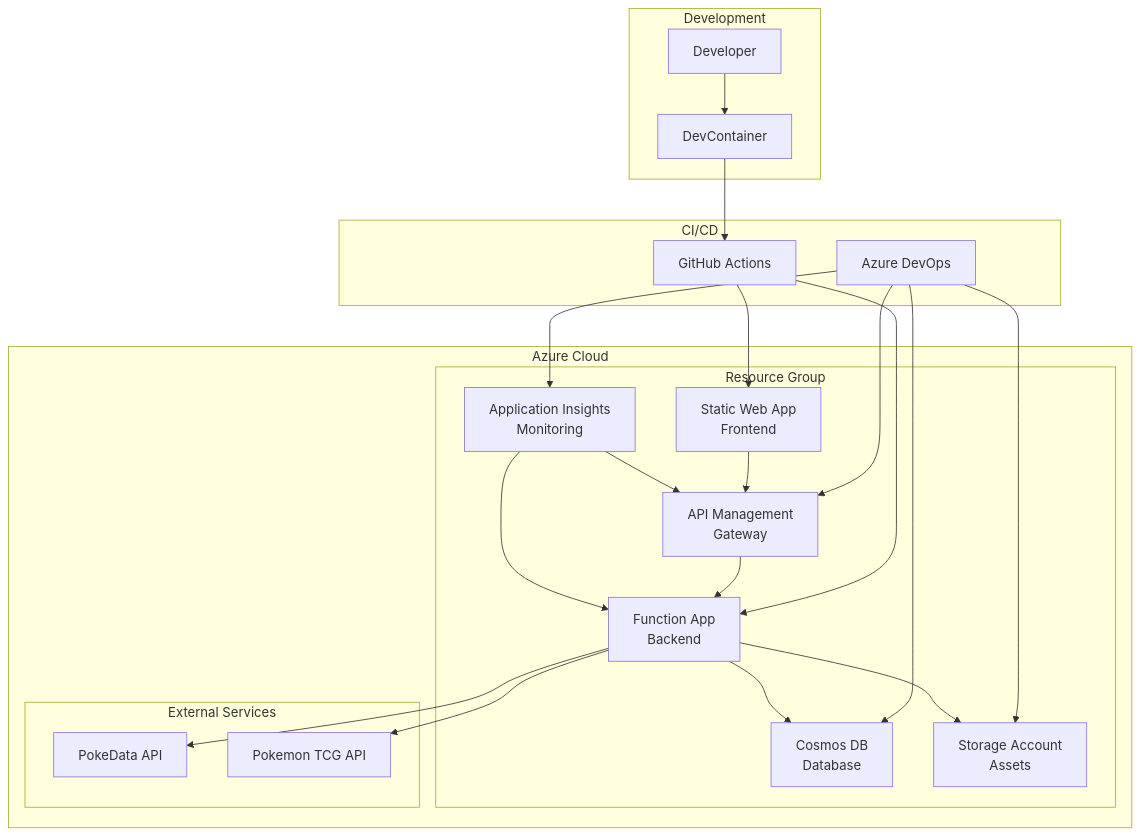
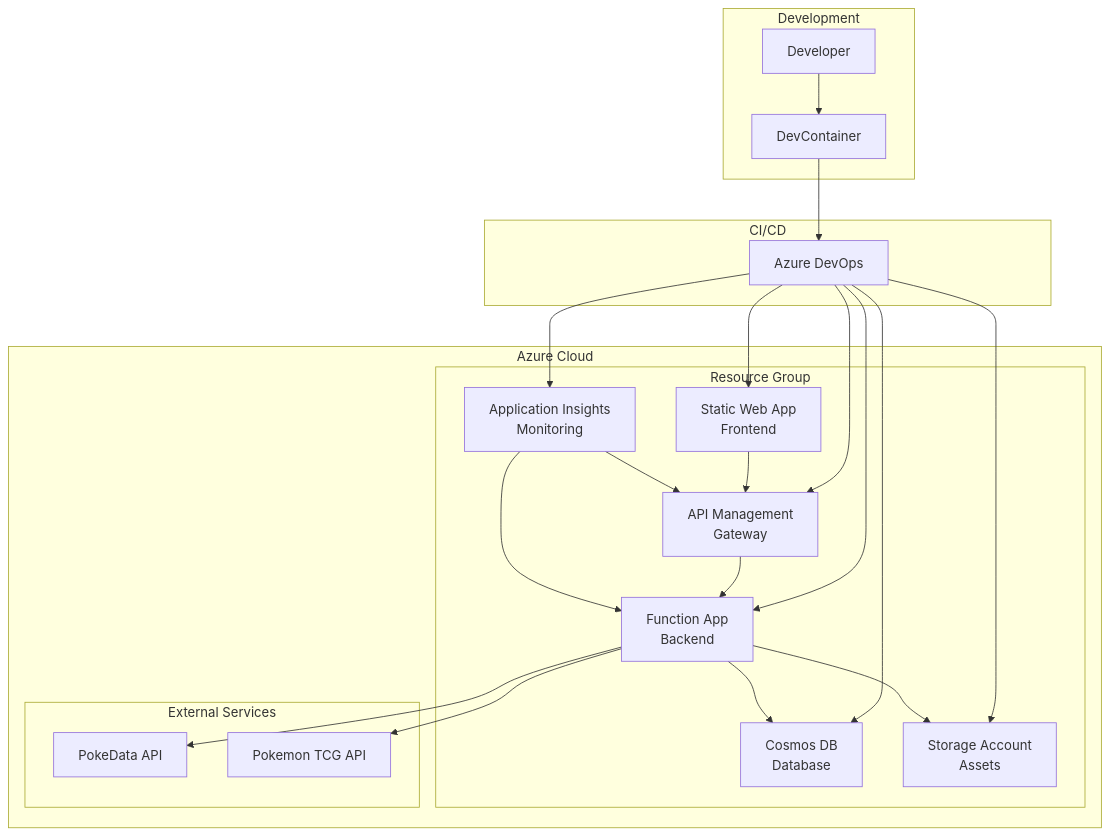
Before and after one commit to Abernaughty/PCPC: the first of 2 diagrams in docs/deployment-guide.md, drawn with Mermaid. The commit also changed other lines of this file and 7 other files, not shown here.

````diff
--- a/docs/deployment-guide.md
+++ b/docs/deployment-guide.md
@@ -23,46 +23,45 @@
 ```mermaid
 graph TB
     subgraph "Azure Cloud"
         subgraph "Resource Group"
             SWA[Static Web App<br/>Frontend]
             FUNC[Function App<br/>Backend]
             APIM[API Management<br/>Gateway]
             COSMOS[Cosmos DB<br/>Database]
             STORAGE[Storage Account<br/>Assets]
             INSIGHTS[Application Insights<br/>Monitoring]
         end
 
         subgraph "External Services"
             POKEDATA[PokeData API]
             POKEMONTCG[Pokemon TCG API]
         end
     end
 
     subgraph "Development"
         DEV[Developer]
         DEVCONTAINER[DevContainer]
     end
 
     subgraph "CI/CD"
-        GITHUB[GitHub Actions]
         AZDO[Azure DevOps]
     end
 
     DEV --> DEVCONTAINER
-    DEVCONTAINER --> GITHUB
-    GITHUB --> SWA
-    GITHUB --> FUNC
+    DEVCONTAINER --> AZDO
+    AZDO --> SWA
+    AZDO --> FUNC
     AZDO --> APIM
     AZDO --> COSMOS
     AZDO --> STORAGE
     AZDO --> INSIGHTS
 
     SWA --> APIM
     APIM --> FUNC
     FUNC --> COSMOS
     FUNC --> STORAGE
     FUNC --> POKEDATA
     FUNC --> POKEMONTCG
     INSIGHTS --> FUNC
     INSIGHTS --> APIM
 ```
````
